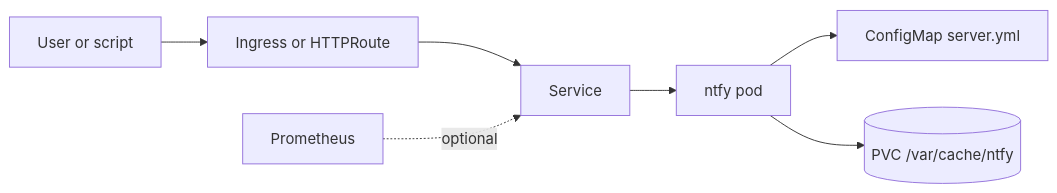
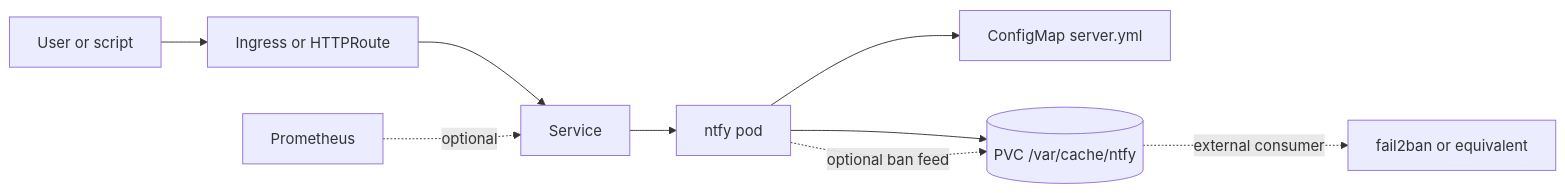
One commit to helmforgedev/charts changed the diagram in charts/ntfy/DESIGN.md. Above: the diagram before and after it, drawn with Mermaid. The commit also changed other lines of this file and 9 other files, not shown here.

````diff
--- a/charts/ntfy/DESIGN.md
+++ b/charts/ntfy/DESIGN.md
@@ -17,9 +17,11 @@
 ```mermaid
 flowchart LR
   user[User or script] --> route[Ingress or HTTPRoute]
   route --> svc[Service]
   svc --> pod[ntfy pod]
   pod --> cfg[ConfigMap server.yml]
   pod --> pvc[(PVC /var/cache/ntfy)]
+  pod -. optional ban feed .-> pvc
+  pvc -. external consumer .-> ban[fail2ban or equivalent]
   prom[Prometheus] -. optional .-> svc
 ```
````
